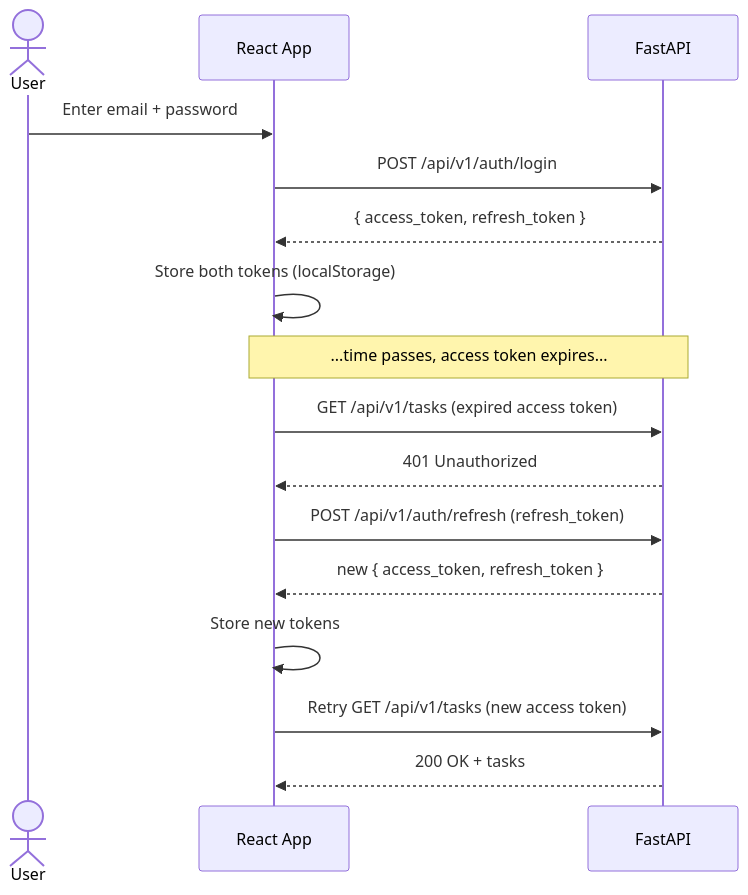
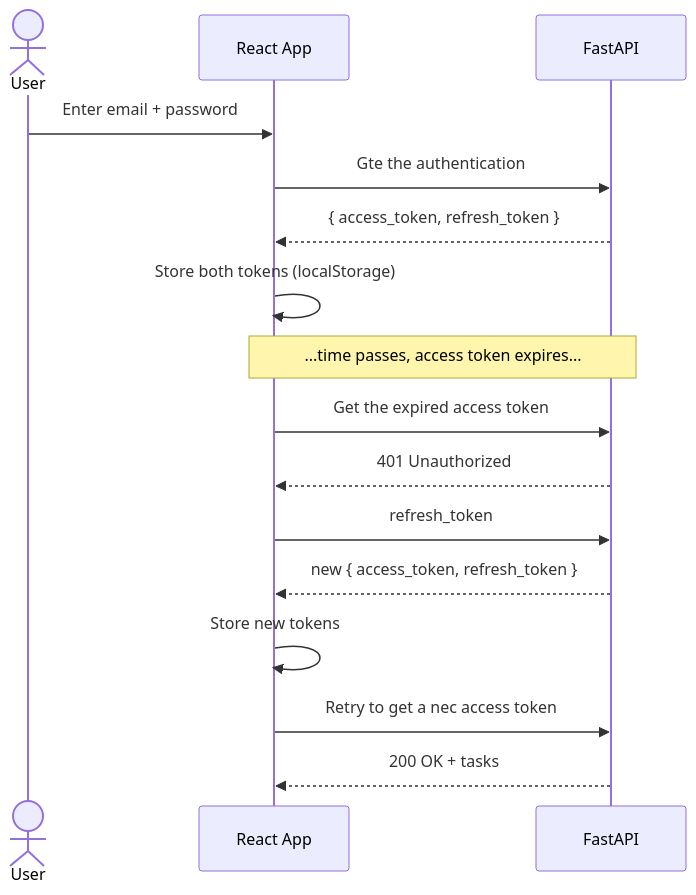
The third of 5 diagrams in README.md (devindaJJ/task-tracker-application), drawn with Mermaid before and after one commit. The commit also changed other lines of this file, not shown here.

````diff
--- a/README.md
+++ b/README.md
@@ -187,21 +187,21 @@
 ```mermaid
 sequenceDiagram
     actor User
     participant FE as React App
     participant API as FastAPI
 
     User->>FE: Enter email + password
-    FE->>API: POST /api/v1/auth/login
+    FE->>API: Gte the authentication
     API-->>FE: { access_token, refresh_token }
     FE->>FE: Store both tokens (localStorage)
 
     Note over FE,API: ...time passes, access token expires...
 
-    FE->>API: GET /api/v1/tasks (expired access token)
+    FE->>API: Get the expired access token 
     API-->>FE: 401 Unauthorized
-    FE->>API: POST /api/v1/auth/refresh (refresh_token)
+    FE->>API: refresh_token
     API-->>FE: new { access_token, refresh_token }
     FE->>FE: Store new tokens
-    FE->>API: Retry GET /api/v1/tasks (new access token)
+    FE->>API: Retry to get a nec access token
     API-->>FE: 200 OK + tasks
 ```
````
